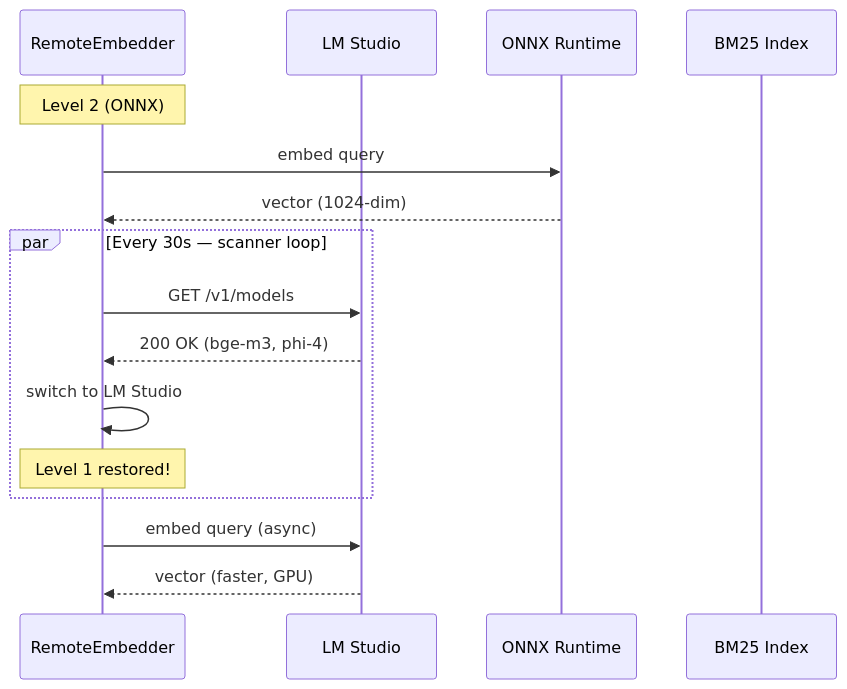
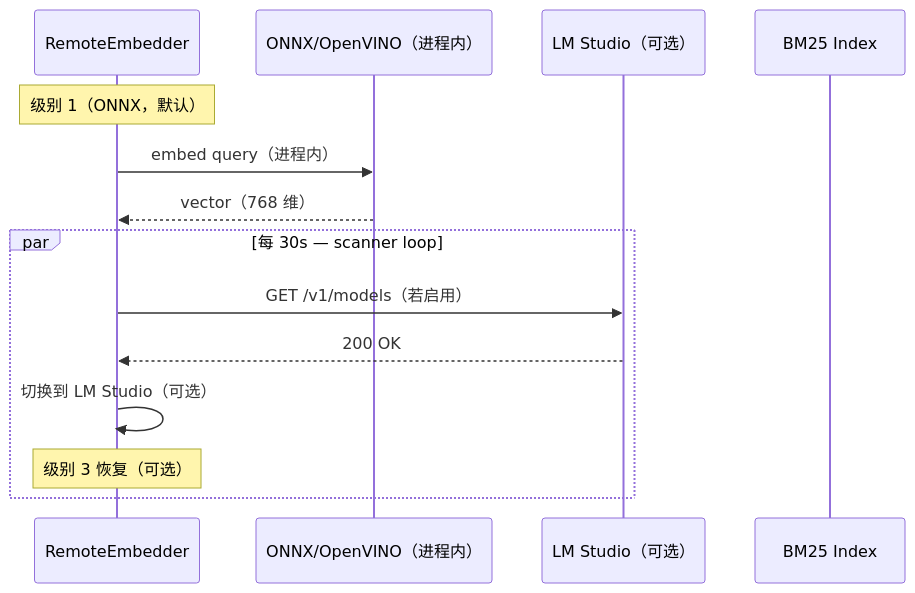
The fourth of 4 diagrams in docs/zh/GRACEFUL_DEGRADATION.md (ManSio/mscodebase-intelligence), drawn with Mermaid before and after one commit. The commit also changed other lines of this file and 50 other files, not shown here.

````diff
--- a/docs/zh/GRACEFUL_DEGRADATION.md
+++ b/docs/zh/GRACEFUL_DEGRADATION.md
@@ -158,21 +220,18 @@
 ```mermaid
 sequenceDiagram
     participant EM as RemoteEmbedder
-    participant LM as LM Studio
-    participant ONNX as ONNX Runtime
+    participant ONNX as ONNX/OpenVINO（进程内）
+    participant LM as LM Studio（可选）
     participant BM25 as BM25 Index
-    
-    Note over EM: Level 2 (ONNX)
-    EM->>ONNX: embed query
-    ONNX-->>EM: vector (1024-dim)
-    
-    par Every 30s — scanner loop
-        EM->>LM: GET /v1/models
-        LM-->>EM: 200 OK (bge-m3, phi-4)
-        EM->>EM: switch to LM Studio
-        Note over EM: Level 1 restored!
+
+    Note over EM: 级别 1（ONNX，默认）
+    EM->>ONNX: embed query（进程内）
+    ONNX-->>EM: vector（768 维）
+
+    par 每 30s — scanner loop
+        EM->>LM: GET /v1/models（若启用）
+        LM-->>EM: 200 OK
+        EM->>EM: 切换到 LM Studio（可选）
+        Note over EM: 级别 3 恢复（可选）
     end
-    
-    EM->>LM: embed query (async)
-    LM-->>EM: vector (faster, GPU)
 ```
````
